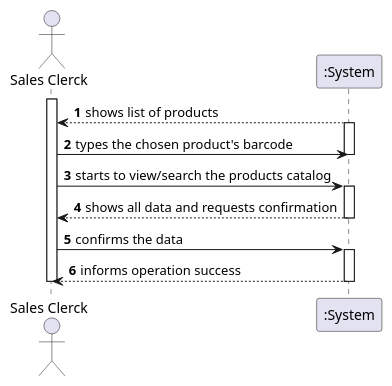
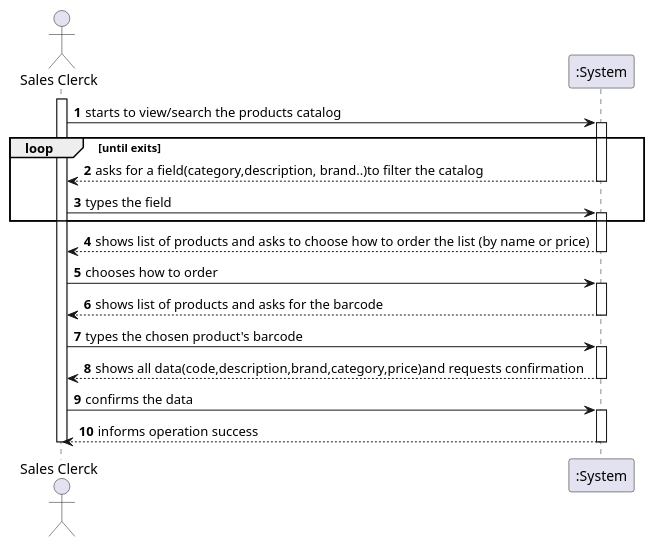
Before and after one commit to marttuga/LAPR4-SmartSystems: the diagram in docs/Sprint2/US1002/US1002_SSD.puml, drawn with PlantUML. The commit also changed 3 other files, not shown here.

```diff
--- a/docs/Sprint2/US1002/US1002_SSD.puml
+++ b/docs/Sprint2/US1002/US1002_SSD.puml
@@ -1,27 +1,40 @@
 @startuml
 autonumber
 actor "Sales Clerck" as SC
 
 activate SC
+SC -> ":System" : starts to view/search the products catalog
+activate ":System"
+loop until exits
+":System" --> SC : asks for a field(category,description, brand..)to filter the catalog
+deactivate ":System"
 
-":System" --> SC : shows list of products
+SC -> ":System" : types the field
 activate ":System"
 
-SC -> ":System" : types the chosen product's barcode
+end loop
+":System" --> SC : shows list of products and asks to choose how to order the list (by name or price)
 deactivate ":System"
 
-SC -> ":System" : starts to view/search the products catalog
+SC -> ":System" : chooses how to order
 activate ":System"
 
-":System" --> SC :shows all data and requests confirmation
+":System" --> SC : shows list of products and asks for the barcode
+deactivate ":System"
+
+SC -> ":System" : types the chosen product's barcode
+activate ":System"
+
+
+":System" --> SC :shows all data(code,description,brand,category,price)and requests confirmation
 deactivate ":System"
 SC -> ":System" : confirms the data
 
 activate ":System"
 ":System" --> SC : informs operation success
 deactivate ":System"
 
 deactivate ":System"
 deactivate SC
 
 @enduml
```
